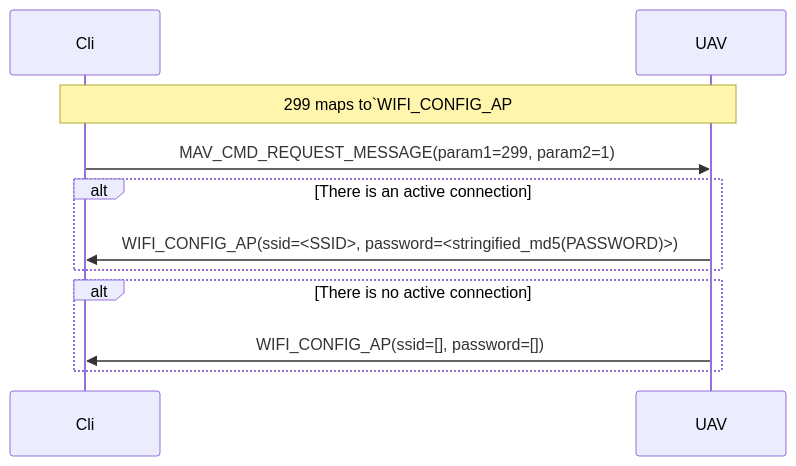
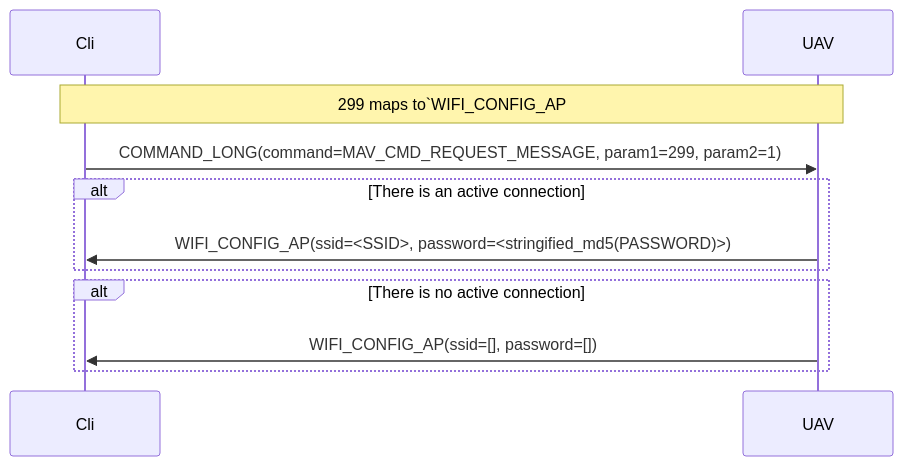
Before and after one commit to geoscan/pioneer_sdk: the sixth of 6 diagrams in pioneer_sdk/mavsub/README.md, drawn with Mermaid. The commit also changed other lines of this file, not shown here.

Commit message:
[mavsub:README] Build | Updated the doc. Clarified the use of MAV_CMD_REQUEST_MESSAGE

````diff
--- a/pioneer_sdk/mavsub/README.md
+++ b/pioneer_sdk/mavsub/README.md
@@ -171,16 +171,16 @@
 ```mermaid
 sequenceDiagram
 	participant Cli
 	participant UAV
 
 	note over Cli, UAV: 299 maps to`WIFI_CONFIG_AP
-	Cli ->> UAV: MAV_CMD_REQUEST_MESSAGE(param1=299, param2=1)
+	Cli ->> UAV: COMMAND_LONG(command=MAV_CMD_REQUEST_MESSAGE, param1=299, param2=1)
 
 	alt There is an active connection
 		UAV ->> Cli: WIFI_CONFIG_AP(ssid=<SSID>, password=<stringified_md5(PASSWORD)>)
 	end
 
 	alt There is no active connection
 		UAV ->> Cli: WIFI_CONFIG_AP(ssid=[], password=[])
 	end
 ```
````
